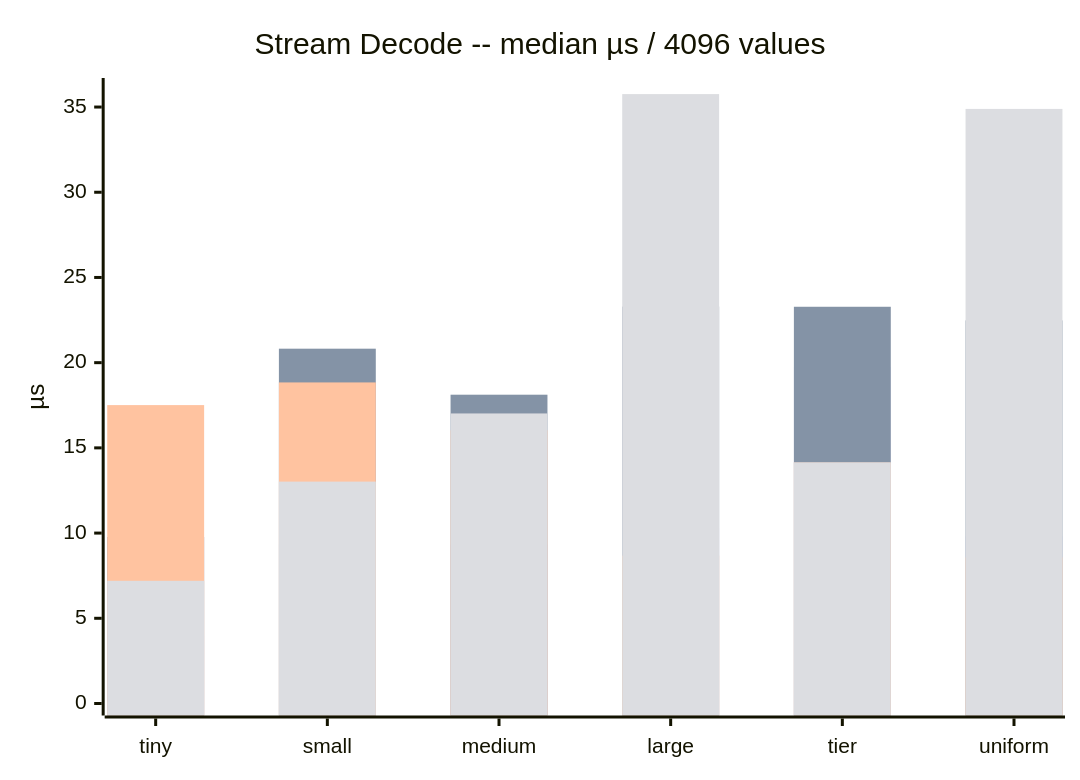
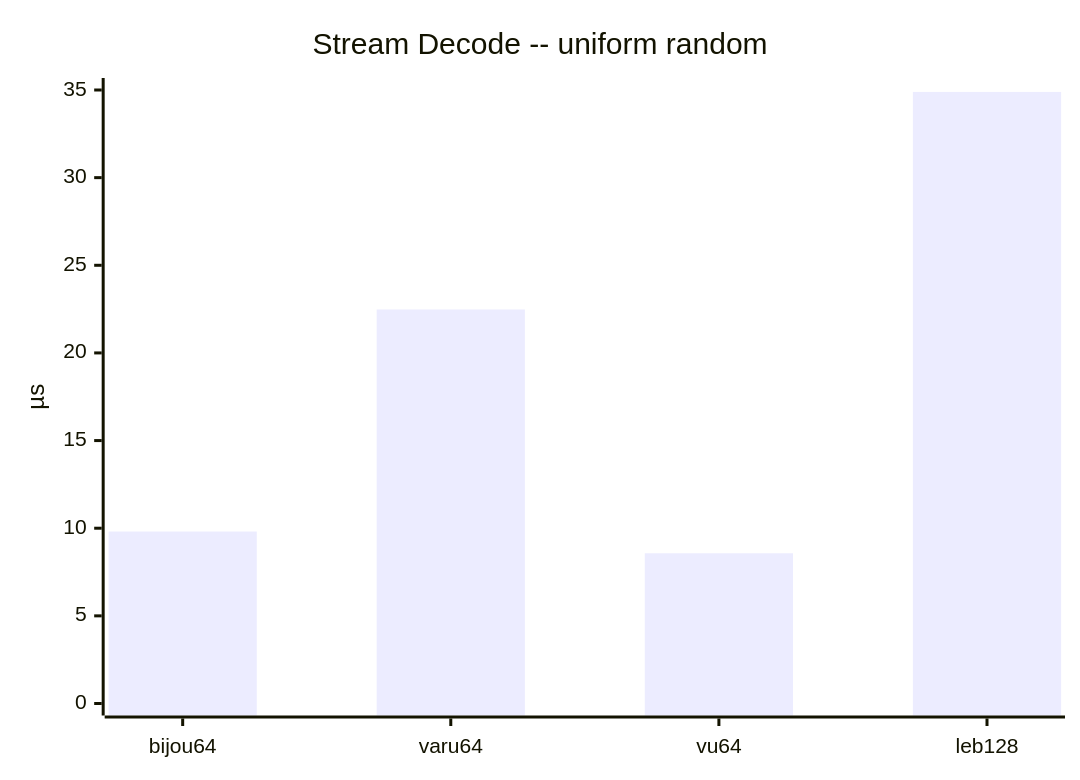
Diagram 14 of 15 in bijou64/SHOOTOUT_ANALYSIS.md (inkandswitch/subduction), drawn with Mermaid before and after one commit. The commit also changed other lines of this file, not shown here.

Commit message:
Line charts

````diff
--- a/bijou64/SHOOTOUT_ANALYSIS.md
+++ b/bijou64/SHOOTOUT_ANALYSIS.md
@@ -215,10 +184,7 @@
 ```mermaid
 xychart-beta
-    title "Stream Decode -- median µs / 4096 values"
-    x-axis ["tiny", "small", "medium", "large", "tier", "uniform"]
-    y-axis "µs" 0 --> 36
-    bar [3.98, 9.34, 9.34, 10.31, 19.76, 9.81]
-    bar [9.77, 20.82, 18.12, 23.29, 23.28, 22.48]
-    bar [17.51, 18.84, 16.03, 8.68, 14.14, 8.57]
-    bar [7.20, 13.02, 17.02, 35.76, 14.15, 34.89]
+    title "Stream Decode -- uniform random"
+    x-axis ["bijou64", "varu64", "vu64", "leb128"]
+    y-axis "µs" 0 --> 35
+    bar [9.81, 22.48, 8.57, 34.89]
 ```
````
